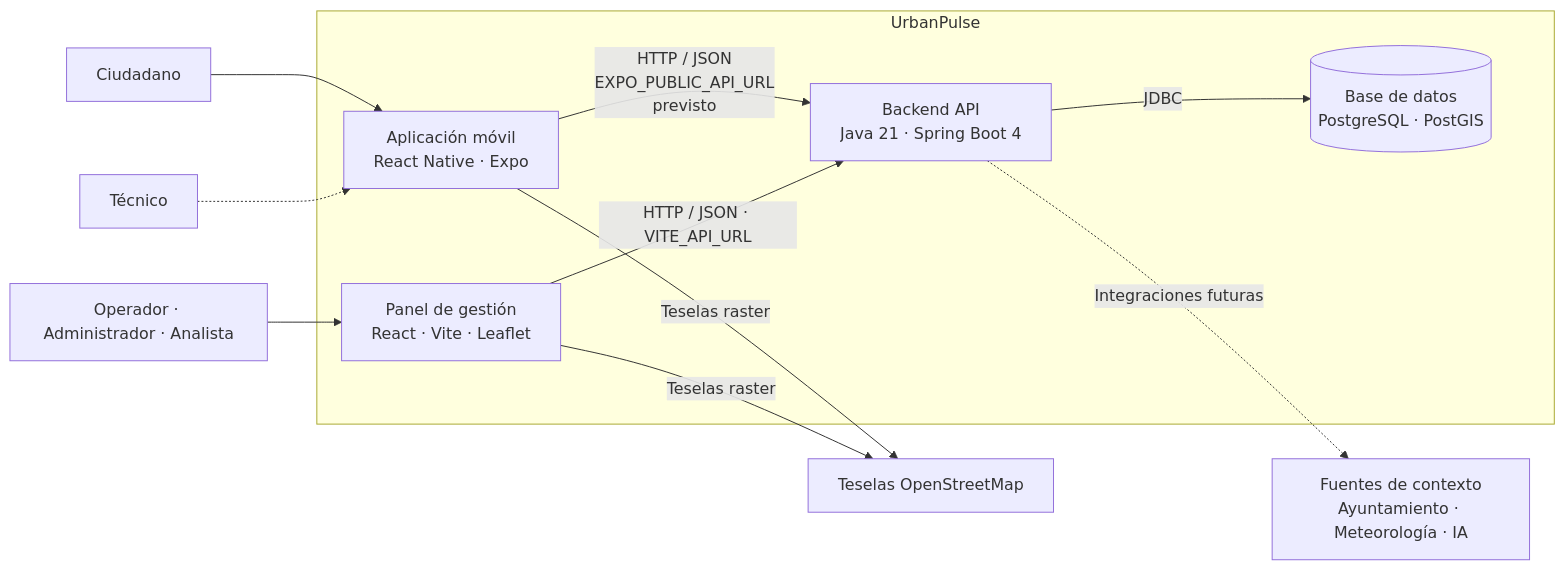
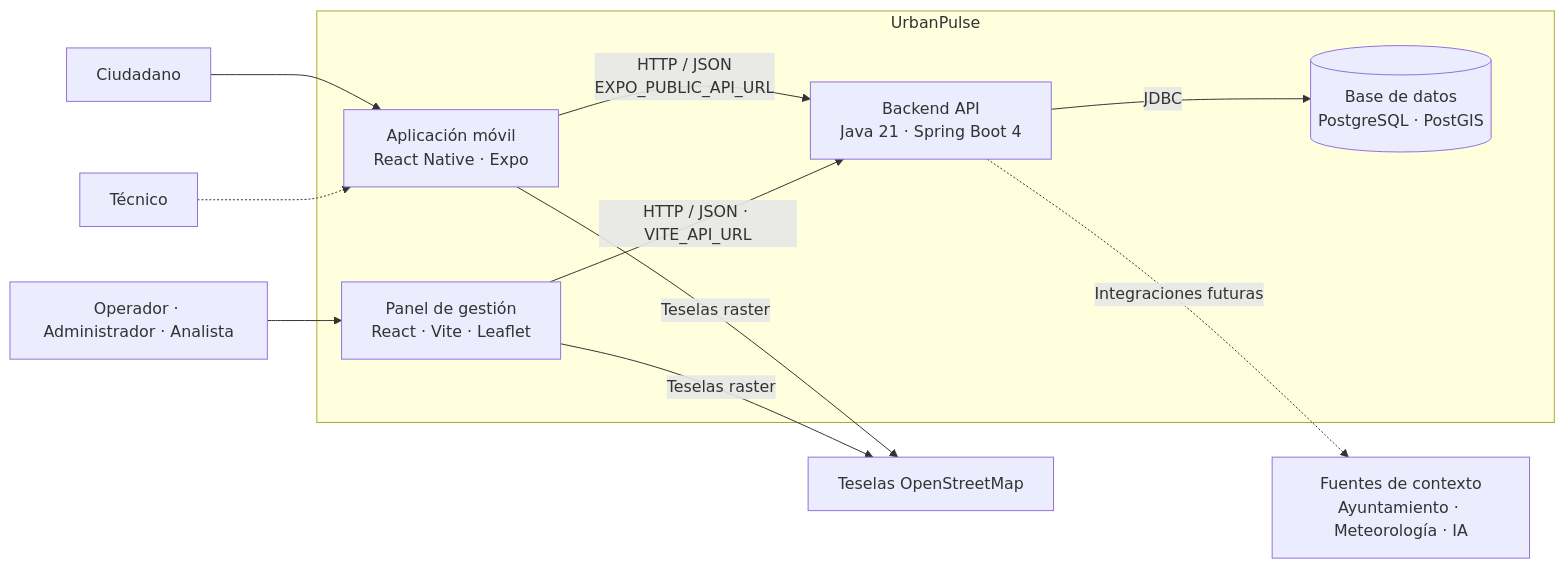
One commit to grupo-14-UMA/urbanpulse-incident-manager changed the second of 3 diagrams in docs/architecture.md. Above: the diagram before and after it, drawn with Mermaid. The commit also changed other lines of this file and 3 other files, not shown here.

Commit message:
feat: connect mobile app to backend api

````diff
--- a/docs/architecture.md
+++ b/docs/architecture.md
@@ -59,26 +59,26 @@
 ```mermaid
 flowchart LR
     citizen[Ciudadano]
     technician[Técnico]
     staff[Operador · Administrador · Analista]
 
     subgraph system[UrbanPulse]
         mobile[Aplicación móvil<br/>React Native · Expo]
         web[Panel de gestión<br/>React · Vite · Leaflet]
         api[Backend API<br/>Java 21 · Spring Boot 4]
         db[(Base de datos<br/>PostgreSQL · PostGIS)]
     end
 
     osm[Teselas OpenStreetMap]
     data[Fuentes de contexto<br/>Ayuntamiento · Meteorología · IA]
 
     citizen --> mobile
     technician -.-> mobile
     staff --> web
-    mobile -->|HTTP / JSON<br/>EXPO_PUBLIC_API_URL<br/>previsto| api
+    mobile -->|HTTP / JSON<br/>EXPO_PUBLIC_API_URL| api
     web -->|HTTP / JSON · VITE_API_URL| api
     api -->|JDBC| db
     mobile -->|Teselas raster| osm
     web -->|Teselas raster| osm
     api -.->|Integraciones futuras| data
 ```
````
